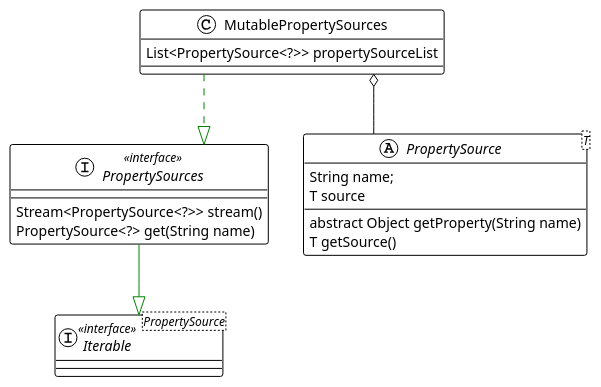
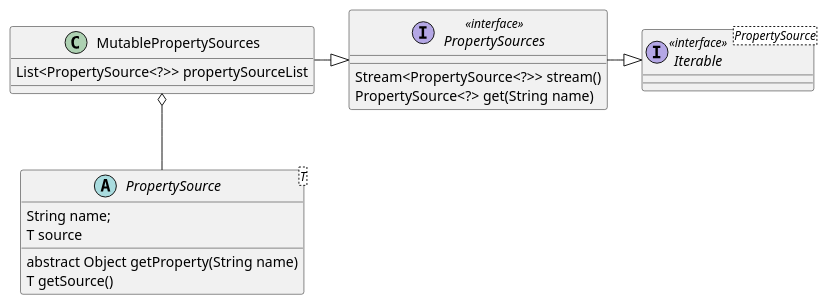
The seventh of 14 diagrams in content/post/java/spring/spring-core-container/index.md (kevinwang930/kevinwang930.github.io), drawn with PlantUML before and after one commit. The commit also changed other lines of this file and 4 other files, not shown here.

````diff
--- a/content/post/java/spring/spring-core-container/index.md
+++ b/content/post/java/spring/spring-core-container/index.md
@@ -240,31 +240,29 @@
 ```plantuml
 @startuml
 
-!theme plain
-top to bottom direction
 skinparam linetype ortho
 
 interface Iterable<PropertySource> << interface >>
 class MutablePropertySources {
     List<PropertySource<?>> propertySourceList
 }
 interface PropertySources << interface >> {
     
     Stream<PropertySource<?>> stream()
     PropertySource<?> get(String name)
 
 }
 
 abstract class PropertySource<T> {
     String name;
     T source
     abstract Object getProperty(String name)
     T getSource()
 }
 
-MutablePropertySources  -[#008200,dashed]-^  PropertySources        
-PropertySources         -[#008200,plain]-^  Iterable    
+PropertySources          -|> Iterable    
+MutablePropertySources  -|>  PropertySources        
 MutablePropertySources o--      PropertySource      
 @enduml
 
 ```
````
